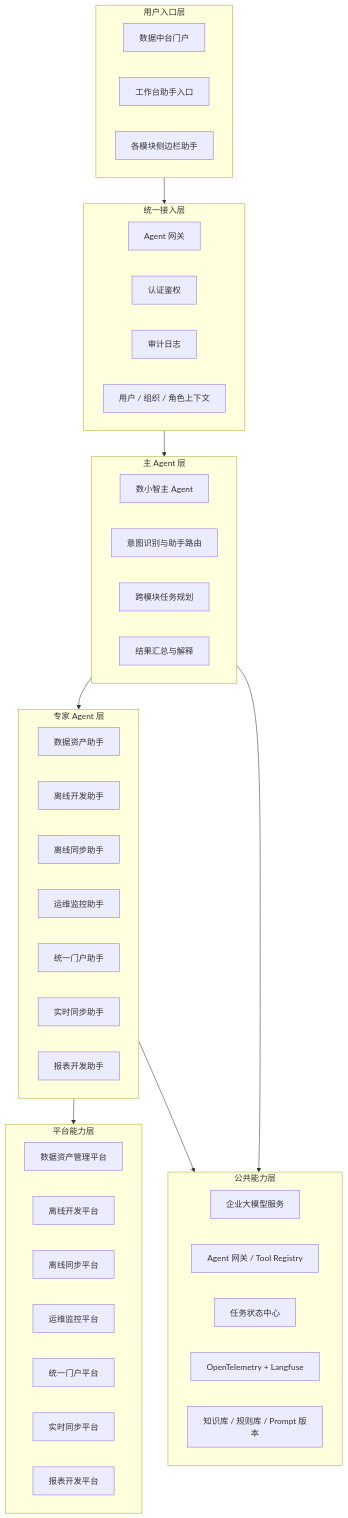
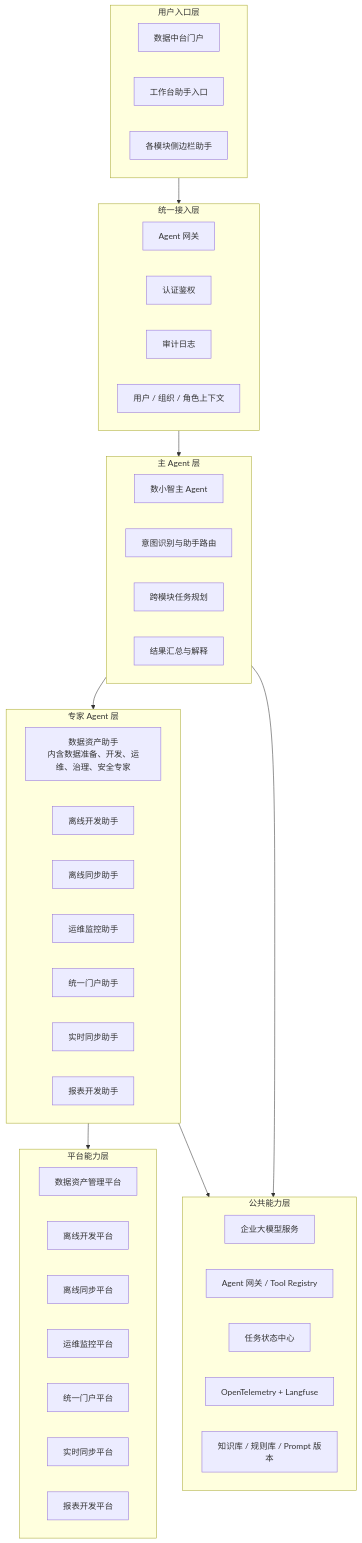
The second of 3 diagrams in 数据资产助手/02-数据资产助手定位与数小智关系.md (ShaneLiu001/dataasset), drawn with Mermaid before and after one commit. The commit also changed other lines of this file and 23 other files, not shown here.

````diff
--- a/数据资产助手/02-数据资产助手定位与数小智关系.md
+++ b/数据资产助手/02-数据资产助手定位与数小智关系.md
@@ -40,57 +40,57 @@
 ```mermaid
 flowchart TB
   subgraph L1[用户入口层]
     U1[数据中台门户]
     U2[工作台助手入口]
     U3[各模块侧边栏助手]
   end
 
   subgraph L2[统一接入层]
     GW[Agent 网关]
     Auth[认证鉴权]
     Audit[审计日志]
     Ctx[用户 / 组织 / 角色上下文]
   end
 
   subgraph L3[主 Agent 层]
     Main[数小智主 Agent]
     Router[意图识别与助手路由]
     Planner[跨模块任务规划]
     Aggregator[结果汇总与解释]
   end
 
   subgraph L4[专家 Agent 层]
-    A1[数据资产助手]
+    A1[数据资产助手<br/>内含数据准备、开发、运维、治理、安全专家]
     A2[离线开发助手]
     A3[离线同步助手]
     A4[运维监控助手]
     A5[统一门户助手]
     A6[实时同步助手]
     A7[报表开发助手]
   end
 
   subgraph L5[平台能力层]
     P1[数据资产管理平台]
     P2[离线开发平台]
     P3[离线同步平台]
     P4[运维监控平台]
     P5[统一门户平台]
     P6[实时同步平台]
     P7[报表开发平台]
   end
 
   subgraph L6[公共能力层]
     Model[企业大模型服务]
     Tool[Agent 网关 / Tool Registry]
     State[任务状态中心]
     Obs[OpenTelemetry + Langfuse]
     Knowledge[知识库 / 规则库 / Prompt 版本]
   end
 
   L1 --> L2
   L2 --> L3
   L3 --> L4
   L4 --> L5
   L3 --> L6
   L4 --> L6
 ```
````
